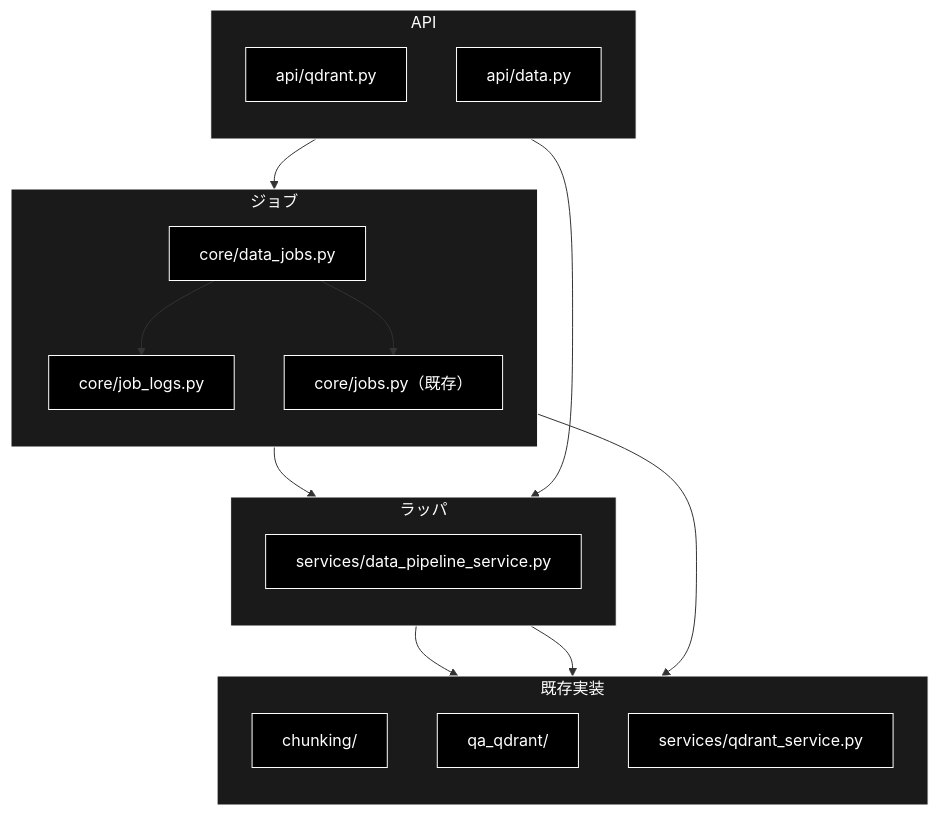
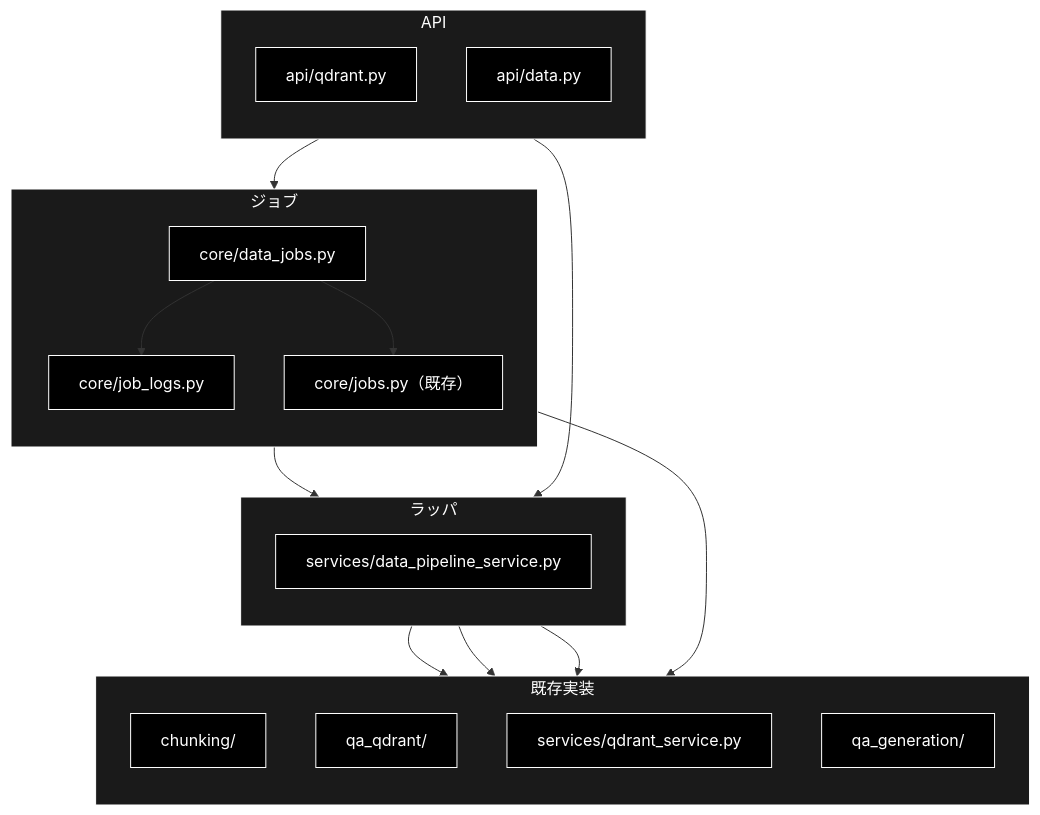
One commit to nakashima2toshio/grace_v2_local changed the third of 4 diagrams in backend/docs/data_pipeline.md. Above: the diagram before and after it, drawn with Mermaid. The commit also changed other lines of this file and 22 other files, not shown here.

````diff
--- a/backend/docs/data_pipeline.md
+++ b/backend/docs/data_pipeline.md
@@ -202,39 +213,41 @@
 ```mermaid
 flowchart TB
     subgraph L1["API"]
         direction TB
         A1["api/qdrant.py"]
         A2["api/data.py"]
     end
     subgraph L2["ジョブ"]
         direction TB
         B1["core/data_jobs.py"]
         B2["core/job_logs.py"]
         B3["core/jobs.py（既存）"]
     end
     subgraph L3["ラッパ"]
         direction TB
         C1["services/data_pipeline_service.py"]
     end
     subgraph L4["既存実装"]
         direction TB
         D1["chunking/"]
         D2["qa_qdrant/"]
         D3["services/qdrant_service.py"]
+        D4["qa_generation/"]
     end
     A1 --> C1
     A2 --> B1
     B1 --> B2
     B1 --> B3
     B1 --> C1
     C1 --> D1
     C1 --> D3
+    C1 --> D4
     B1 --> D2
 classDef default fill:#000,stroke:#fff,color:#fff
 classDef subgraphStyle fill:#1a1a1a,stroke:#fff,color:#fff
-class A1,A2,B1,B2,B3,C1,D1,D2,D3 default
+class A1,A2,B1,B2,B3,C1,D1,D2,D3,D4 default
 style L1 fill:#1a1a1a,stroke:#fff,color:#fff
 style L2 fill:#1a1a1a,stroke:#fff,color:#fff
 style L3 fill:#1a1a1a,stroke:#fff,color:#fff
 style L4 fill:#1a1a1a,stroke:#fff,color:#fff
 ```
````
